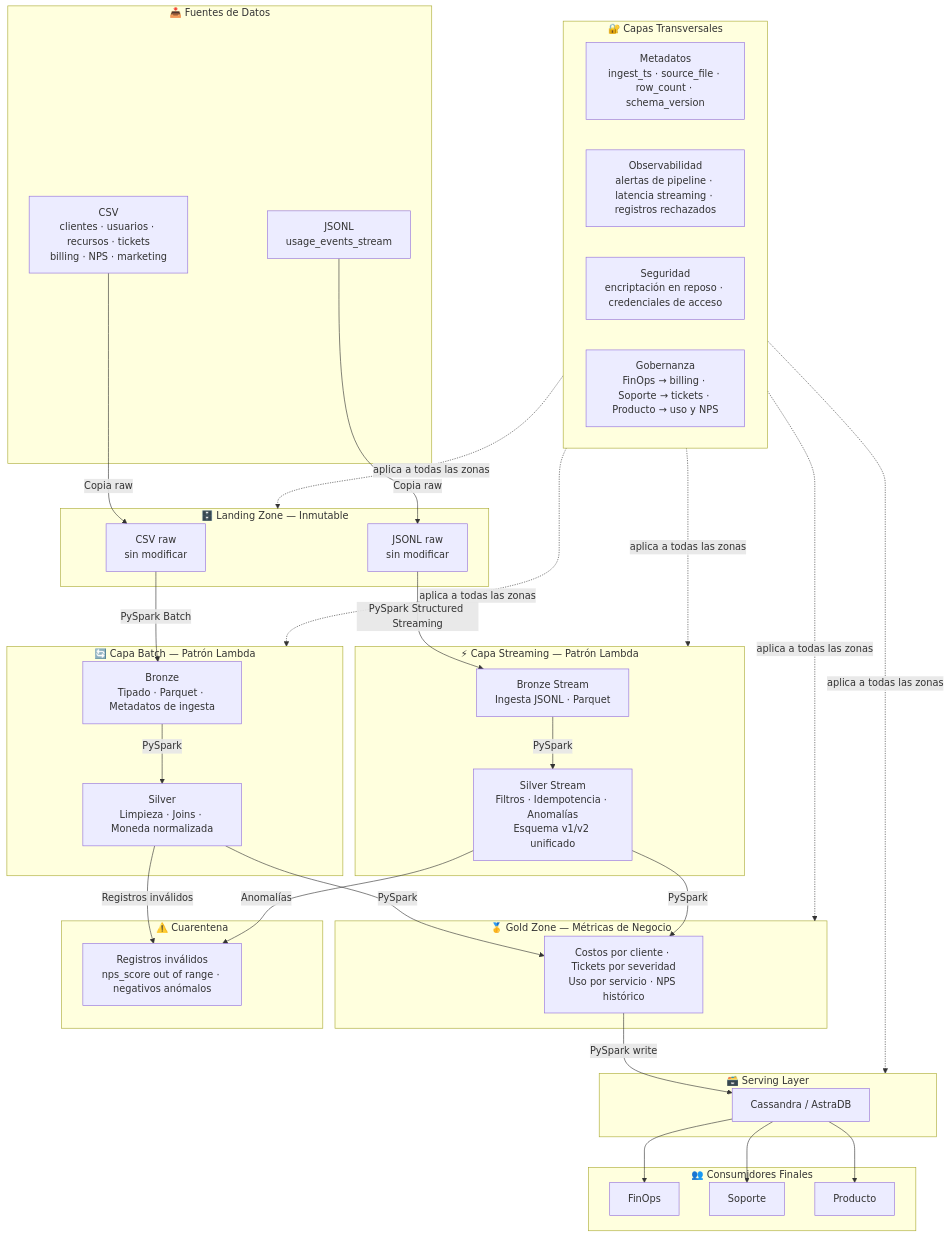
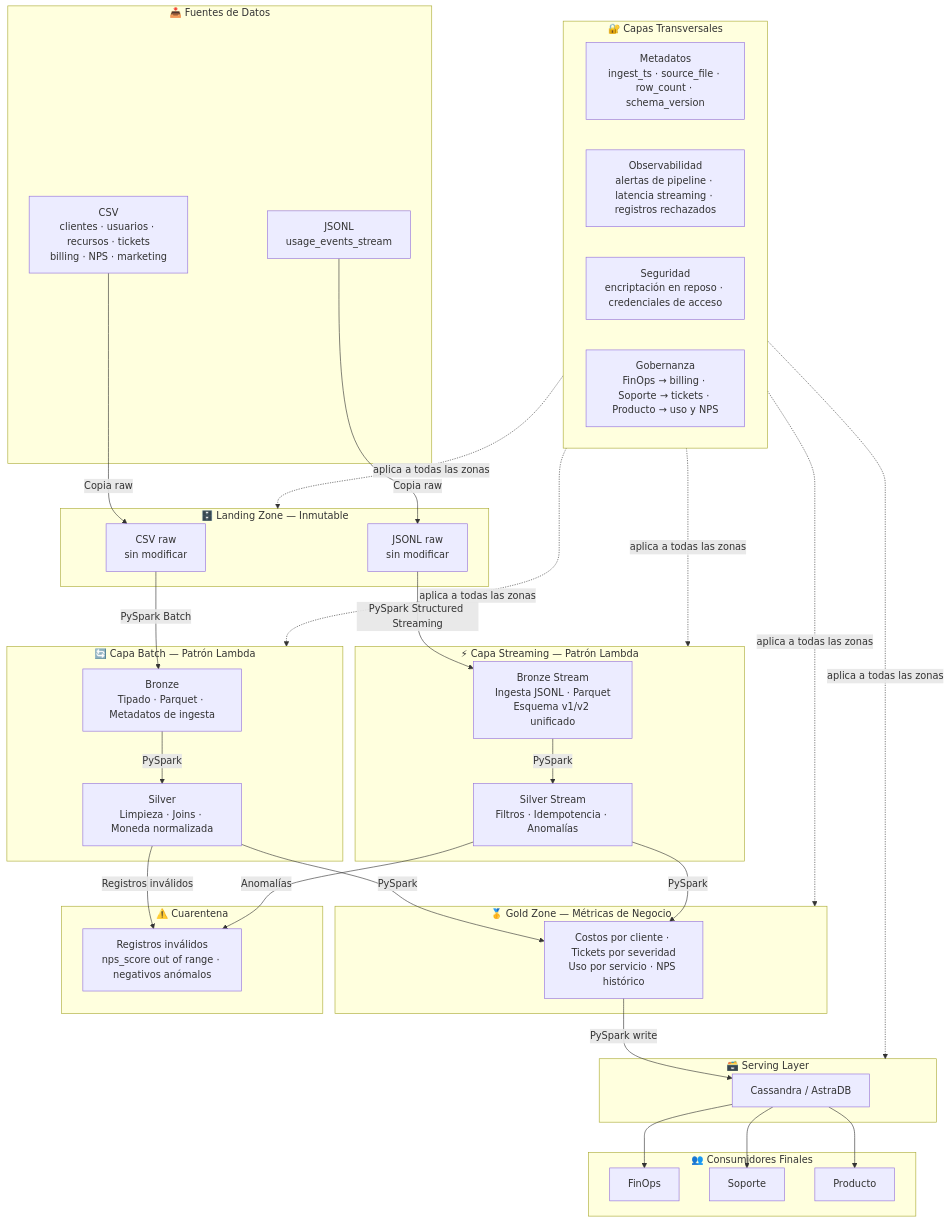
The diagram in docs/00_documento_diseño.md (maruwagner893-droid/cloud-provider-analytics), drawn with Mermaid before and after one commit.

````diff
--- a/docs/00_documento_diseño.md
+++ b/docs/00_documento_diseño.md
@@ -121,67 +121,67 @@
 ```mermaid
 flowchart TD
     subgraph SRC["📥 Fuentes de Datos"]
         CSV["CSV\nclientes · usuarios · recursos · tickets\nbilling · NPS · marketing"]
         JSONL["JSONL\nusage_events_stream"]
     end
 
     subgraph LZ["🗄️ Landing Zone — Inmutable"]
         RAW_B["CSV raw\nsin modificar"]
         RAW_S["JSONL raw\nsin modificar"]
     end
 
     subgraph BATCH["🔄 Capa Batch — Patrón Lambda"]
         BRZ_B["Bronze\nTipado · Parquet · Metadatos de ingesta"]
         SLV_B["Silver\nLimpieza · Joins · Moneda normalizada"]
     end
 
     subgraph STREAM["⚡ Capa Streaming — Patrón Lambda"]
-        BRZ_S["Bronze Stream\nIngesta JSONL · Parquet"]
-        SLV_S["Silver Stream\nFiltros · Idempotencia · Anomalías\nEsquema v1/v2 unificado"]
+        BRZ_S["Bronze Stream\nIngesta JSONL · Parquet\nEsquema v1/v2 unificado"]
+        SLV_S["Silver Stream\nFiltros · Idempotencia · Anomalías"]
     end
 
     subgraph GZ["🥇 Gold Zone — Métricas de Negocio"]
         GLD["Costos por cliente · Tickets por severidad\nUso por servicio · NPS histórico"]
     end
 
     subgraph QUAR["⚠️ Cuarentena"]
         Q["Registros inválidos\nnps_score out of range · negativos anómalos"]
     end
 
     subgraph SRV["🗃️ Serving Layer"]
         CASS["Cassandra / AstraDB"]
     end
 
     subgraph GOV["🔐 Capas Transversales"]
         META["Metadatos\ningest_ts · source_file · row_count · schema_version"]
         OBS["Observabilidad\nalertas de pipeline · latencia streaming · registros rechazados"]
         SEC["Seguridad\nencriptación en reposo · credenciales de acceso"]
         GVN["Gobernanza\nFinOps → billing · Soporte → tickets · Producto → uso y NPS"]
     end
 
     subgraph USR["👥 Consumidores Finales"]
         FO["FinOps"]
         SP["Soporte"]
         PR["Producto"]
     end
 
     CSV -->|Copia raw| RAW_B
     JSONL -->|Copia raw| RAW_S
     RAW_B -->|PySpark Batch| BRZ_B
     RAW_S -->|PySpark Structured Streaming| BRZ_S
     BRZ_B -->|PySpark| SLV_B
     BRZ_S -->|PySpark| SLV_S
     SLV_B -->|Registros inválidos| Q
     SLV_S -->|Anomalías| Q
     SLV_B -->|PySpark| GLD
     SLV_S -->|PySpark| GLD
     GLD -->|PySpark write| CASS
     CASS --> FO
     CASS --> SP
     CASS --> PR
     GOV -.->|aplica a todas las zonas| LZ
     GOV -.->|aplica a todas las zonas| BATCH
     GOV -.->|aplica a todas las zonas| STREAM
     GOV -.->|aplica a todas las zonas| GZ
     GOV -.->|aplica a todas las zonas| SRV
 ```
````
